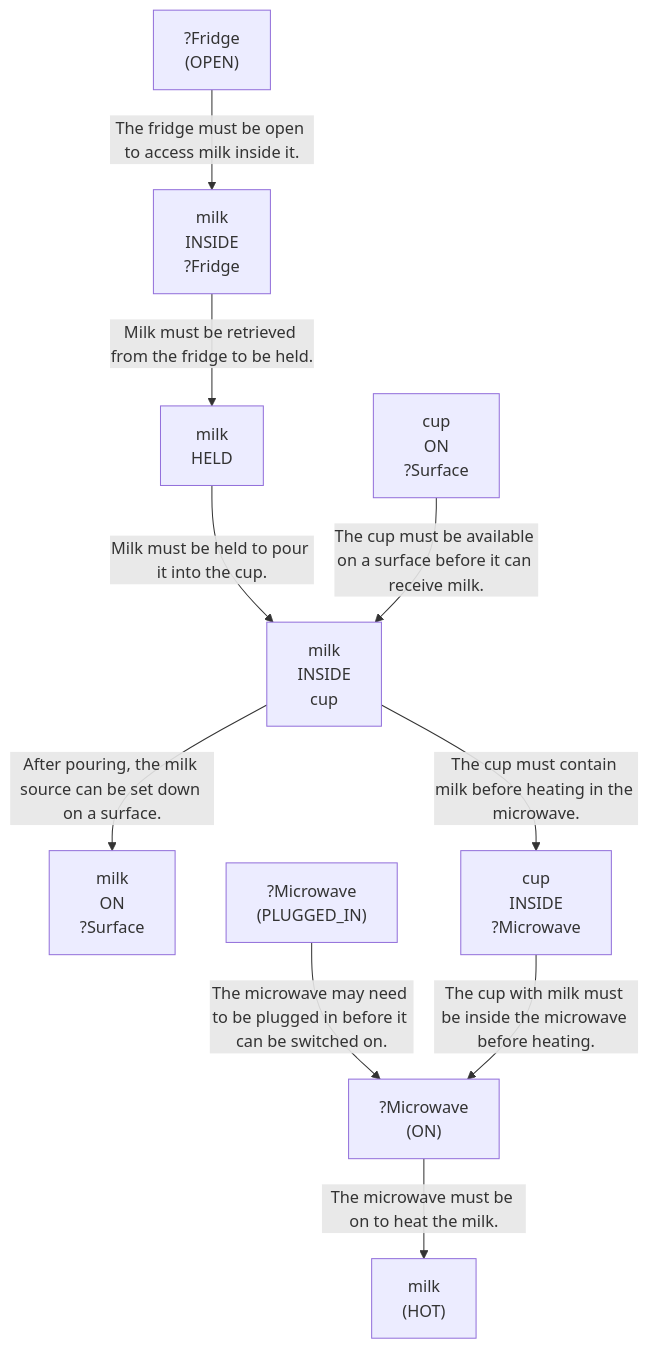
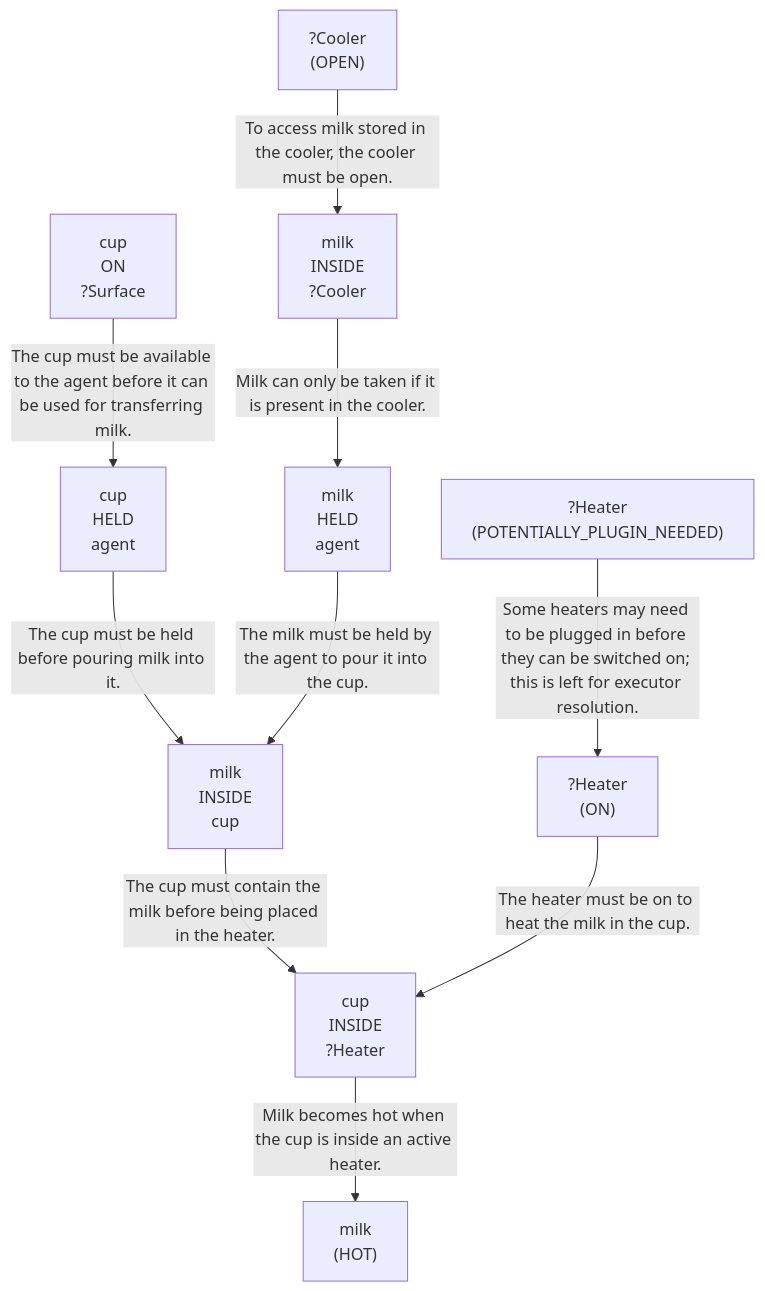
Before and after one commit to scuama/virtualhome: the third of 4 diagrams in evaluation/results/table3/robostate/runs/without_intention/G4_16/run_T3_without_intention_G4_16.md, drawn with Mermaid. The commit also changed other lines of this file and 507 other files, not shown here.

````diff
--- a/evaluation/results/table3/robostate/runs/without_intention/G4_16/run_T3_without_intention_G4_16.md
+++ b/evaluation/results/table3/robostate/runs/without_intention/G4_16/run_T3_without_intention_G4_16.md
@@ -153,22 +159,22 @@
 ```mermaid
 graph TD
-    N1["milk<br>INSIDE<br>?Fridge"]
-    N2["?Fridge<br>(OPEN)"]
-    N3["milk<br>HELD<br>"]
-    N4["milk<br>ON<br>?Surface"]
-    N5["cup<br>ON<br>?Surface"]
+    N1["milk<br>INSIDE<br>?Cooler"]
+    N2["?Cooler<br>(OPEN)"]
+    N3["cup<br>HELD<br>agent"]
+    N4["cup<br>ON<br>?Surface"]
+    N5["milk<br>HELD<br>agent"]
     N6["milk<br>INSIDE<br>cup"]
-    N7["cup<br>INSIDE<br>?Microwave"]
-    N8["?Microwave<br>(ON)"]
-    N9["?Microwave<br>(PLUGGED_IN)"]
-    N10["milk<br>(HOT)"]
-    N2 -->|"The fridge must be open to access milk inside it."| N1
-    N1 -->|"Milk must be retrieved from the fridge to be held."| N3
-    N3 -->|"Milk must be held to pour it into the cup."| N6
-    N5 -->|"The cup must be available on a surface before it can receive milk."| N6
-    N6 -->|"After pouring, the milk source can be set down on a surface."| N4
-    N6 -->|"The cup must contain milk before heating in the microwave."| N7
-    N9 -->|"The microwave may need to be plugged in before it can be switched on."| N8
-    N7 -->|"The cup with milk must be inside the microwave before heating."| N8
-    N8 -->|"The microwave must be on to heat the milk."| N10
+    N7["?Heater<br>(ON)"]
+    N8["cup<br>INSIDE<br>?Heater"]
+    N9["milk<br>(HOT)"]
+    N10["?Heater<br>(POTENTIALLY_PLUGIN_NEEDED)"]
+    N2 -->|"To access milk stored in the cooler, the cooler must be open."| N1
+    N4 -->|"The cup must be available to the agent before it can be used for transferring milk."| N3
+    N1 -->|"Milk can only be taken if it is present in the cooler."| N5
+    N3 -->|"The cup must be held before pouring milk into it."| N6
+    N5 -->|"The milk must be held by the agent to pour it into the cup."| N6
+    N10 -->|"Some heaters may need to be plugged in before they can be switched on; this is left for executor resolution."| N7
+    N6 -->|"The cup must contain the milk before being placed in the heater."| N8
+    N7 -->|"The heater must be on to heat the milk in the cup."| N8
+    N8 -->|"Milk becomes hot when the cup is inside an active heater."| N9
 ```
````
